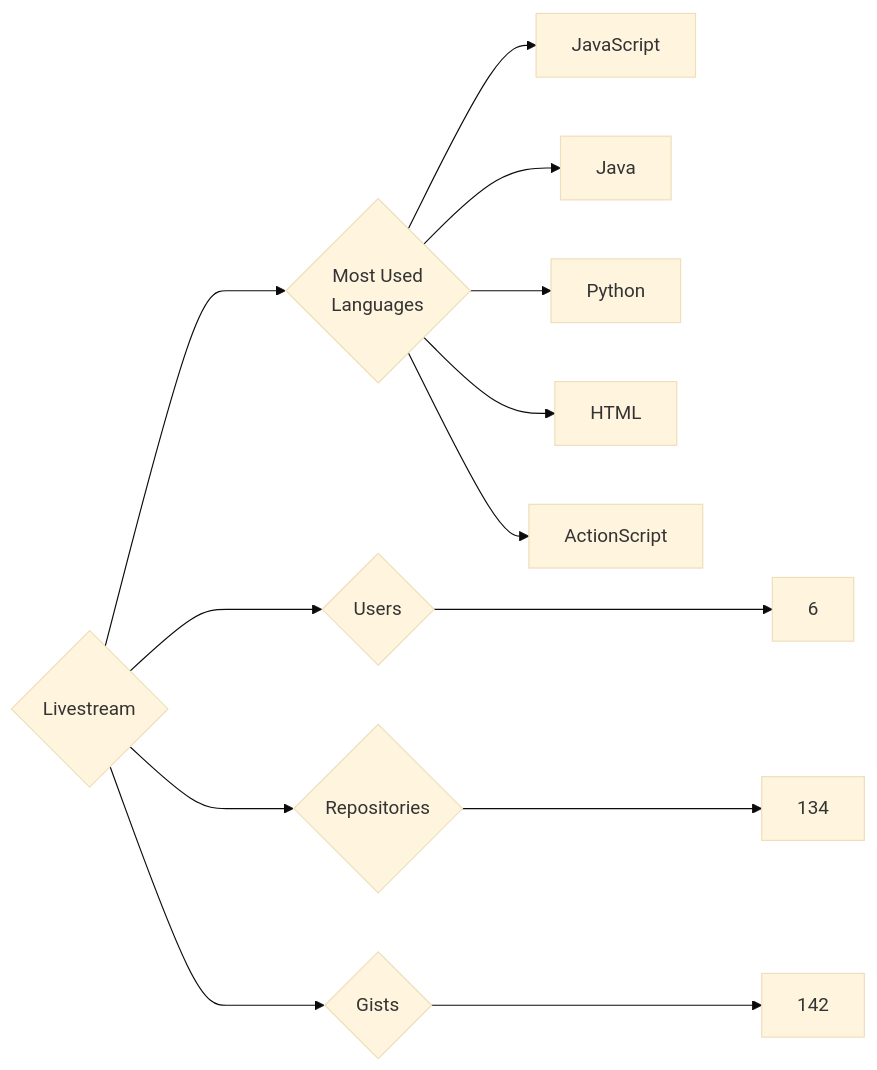
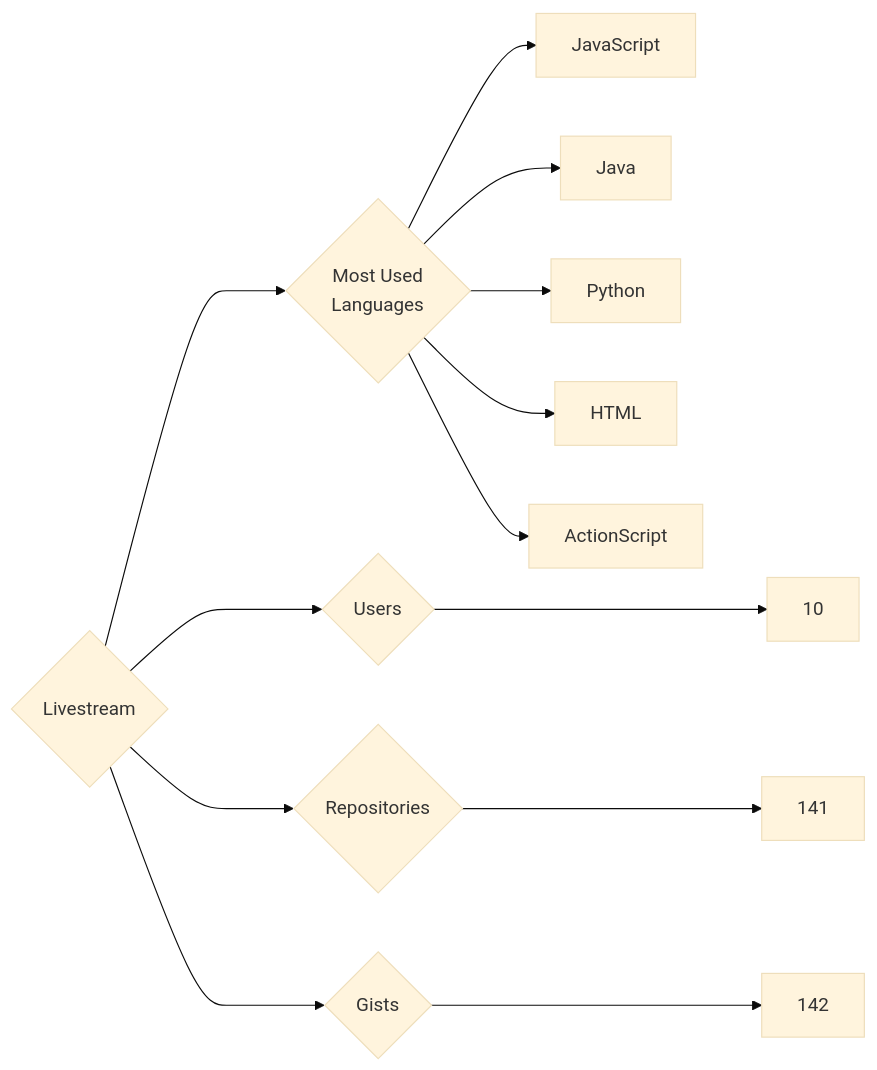
Before and after one commit to trickest/insiders: the diagram in targets/Livestream/README.md, drawn with Mermaid (base theme). The commit also changed 838 other files, not shown here.

````diff
--- a/targets/Livestream/README.md
+++ b/targets/Livestream/README.md
@@ -3,13 +3,13 @@
 ```mermaid
 graph LR
 COMPANY_NAME{Livestream}
-COMPANY_NAME ---> U{Users} ---> UN[6]
-COMPANY_NAME ---> R{Repositories} ---> RN[134]
+COMPANY_NAME ---> U{Users} ---> UN[10]
+COMPANY_NAME ---> R{Repositories} ---> RN[141]
 COMPANY_NAME ---> G{Gists} ---> GN[142]
 COMPANY_NAME ---> ML{Most Used<br>Languages}
 ML --> JavaScript[JavaScript]
 ML --> Java[Java]
 ML --> Python[Python]
 ML --> HTML[HTML]
 ML --> ActionScript[ActionScript]
 ```
````
